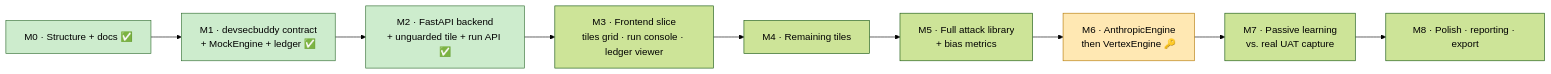
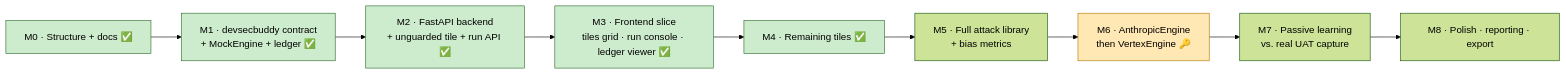
Before and after one commit to koeplinger/ai_devsecbuddy: the diagram in docs/roadmap.md, drawn with Mermaid (forest theme). The commit also changed other lines of this file and 21 other files, not shown here.

````diff
--- a/docs/roadmap.md
+++ b/docs/roadmap.md
@@ -45,16 +45,18 @@
 ```mermaid
 graph LR
     M0["M0 · Structure + docs ✅"] --> M1["M1 · devsecbuddy contract<br/>+ MockEngine + ledger ✅"]
     M1 --> M2["M2 · FastAPI backend<br/>+ unguarded tile + run API ✅"]
-    M2 --> M3["M3 · Frontend slice<br/>tiles grid · run console · ledger viewer"]
-    M3 --> M4["M4 · Remaining tiles"]
+    M2 --> M3["M3 · Frontend slice<br/>tiles grid · run console · ledger viewer ✅"]
+    M3 --> M4["M4 · Remaining tiles ✅"]
     M4 --> M5["M5 · Full attack library<br/>+ bias metrics"]
     M5 --> M6["M6 · AnthropicEngine<br/>then VertexEngine 🔑"]
     M6 --> M7["M7 · Passive learning<br/>vs. real UAT capture"]
     M7 --> M8["M8 · Polish · reporting · export"]
 
     style M0 fill:#cdeccd,stroke:#2d6a2d
     style M1 fill:#cdeccd,stroke:#2d6a2d
     style M2 fill:#cdeccd,stroke:#2d6a2d
+    style M3 fill:#cdeccd,stroke:#2d6a2d
+    style M4 fill:#cdeccd,stroke:#2d6a2d
     style M6 fill:#ffe8b3,stroke:#b37700
 ```
````
